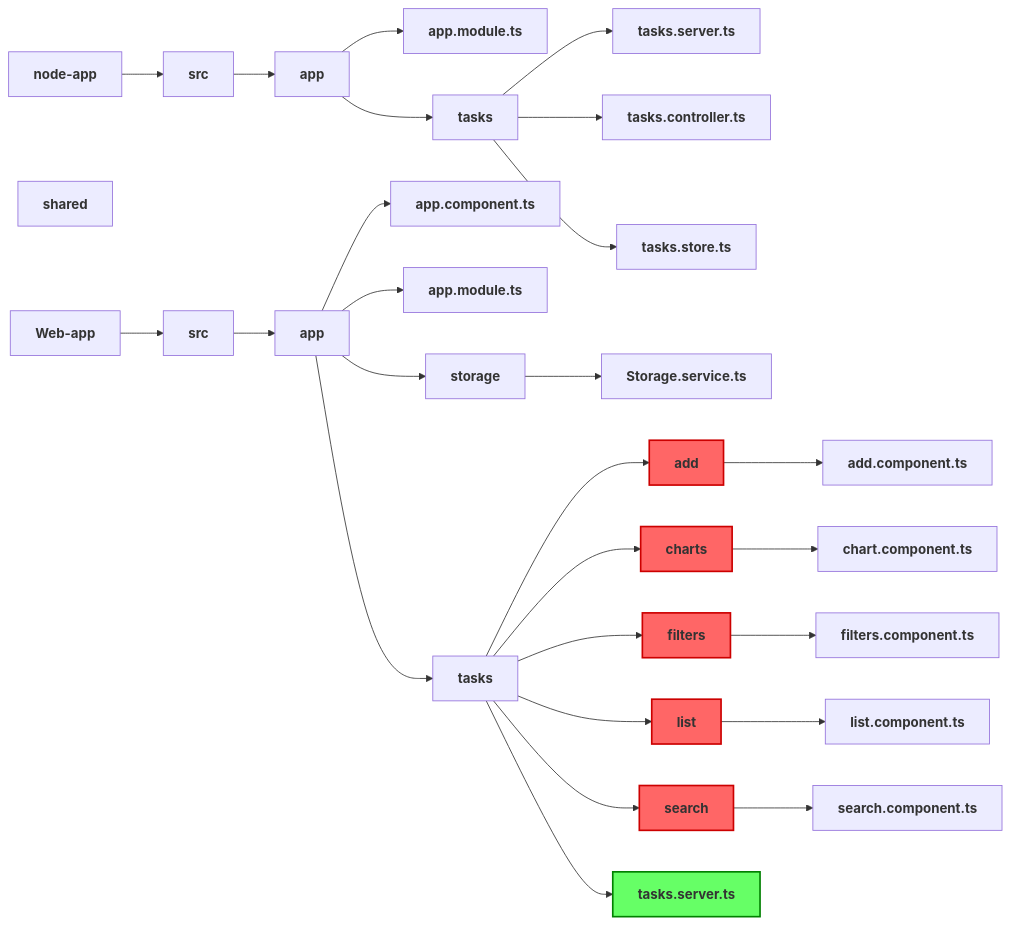
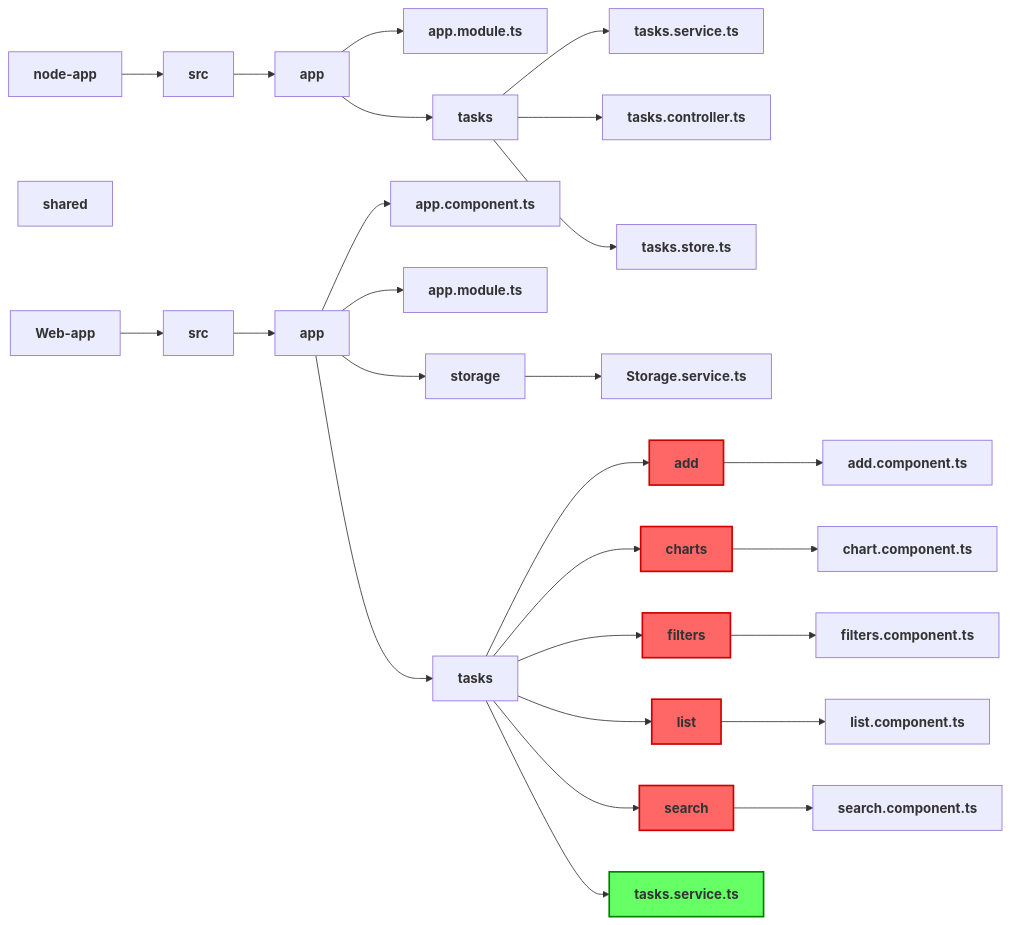
Before and after one commit to yanliu1111/user-task-app-angular-project: the diagram in README.md, drawn with Mermaid.

````diff
--- a/README.md
+++ b/README.md
@@ -97,38 +97,38 @@
 ```mermaid
 graph LR;
   A[node-app] --> B[src]
   B --> D[app]
   D --> E1[app.module.ts]
   D --> F1[tasks]
-  F1 --> G[tasks.server.ts]
+  F1 --> G[tasks.service.ts]
   F1 --> H[tasks.controller.ts]
   F1 --> I[tasks.store.ts]
 
   A1[shared]
 
   A2[Web-app] --> B1[src]
   B1 --> D1[app]
   D1 --> E2[app.component.ts]
   D1 --> F2[app.module.ts]
   D1 --> G2[storage]
   G2 --> H3[Storage.service.ts]
   D1 --> H2[tasks]
   H2 --> I2[add]:::red
   I2 --> J2[add.component.ts]
   H2 --> K2[charts]:::red
   K2 --> L2[chart.component.ts]
   H2 --> M2[filters]:::red
   M2 --> N2[filters.component.ts]
   H2 --> O2[list]:::red
   O2 --> P2[list.component.ts]
   H2 --> Q2[search]:::red
   Q2 --> R2[search.component.ts]
-  H2 --> S2[tasks.server.ts]:::green
+  H2 --> S2[tasks.service.ts]:::green
 
   classDef red fill:#ff6666,stroke:#cc0000,stroke-width:2px;
   classDef green fill:#66ff66,stroke:#008000,stroke-width:2px;
   classDef boldText font-weight:bold,font-size:16px;
 
   class A,B,D,E1,F1,G,H,I,A1,A2,B1,D1,E2,F2,G2,H3,H2,I2,J2,K2,L2,M2,N2,O2,P2,Q2,R2,S2 boldText;
 
 ```
````
